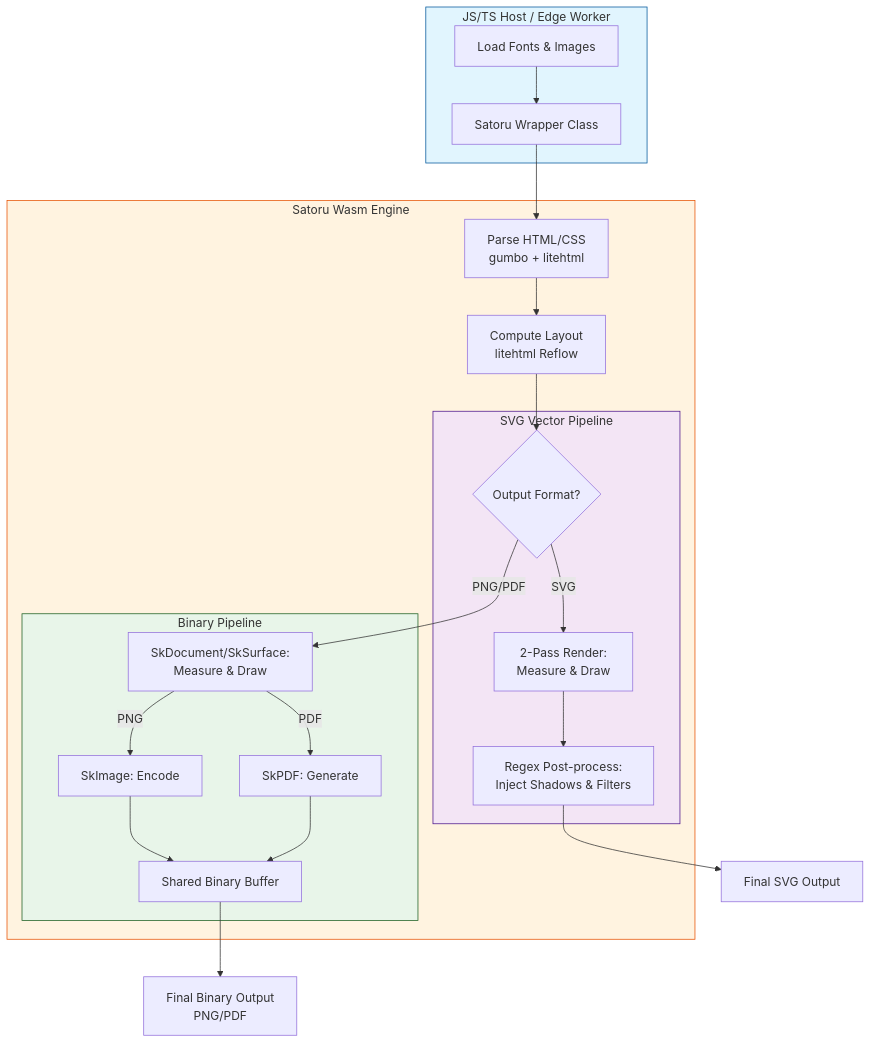
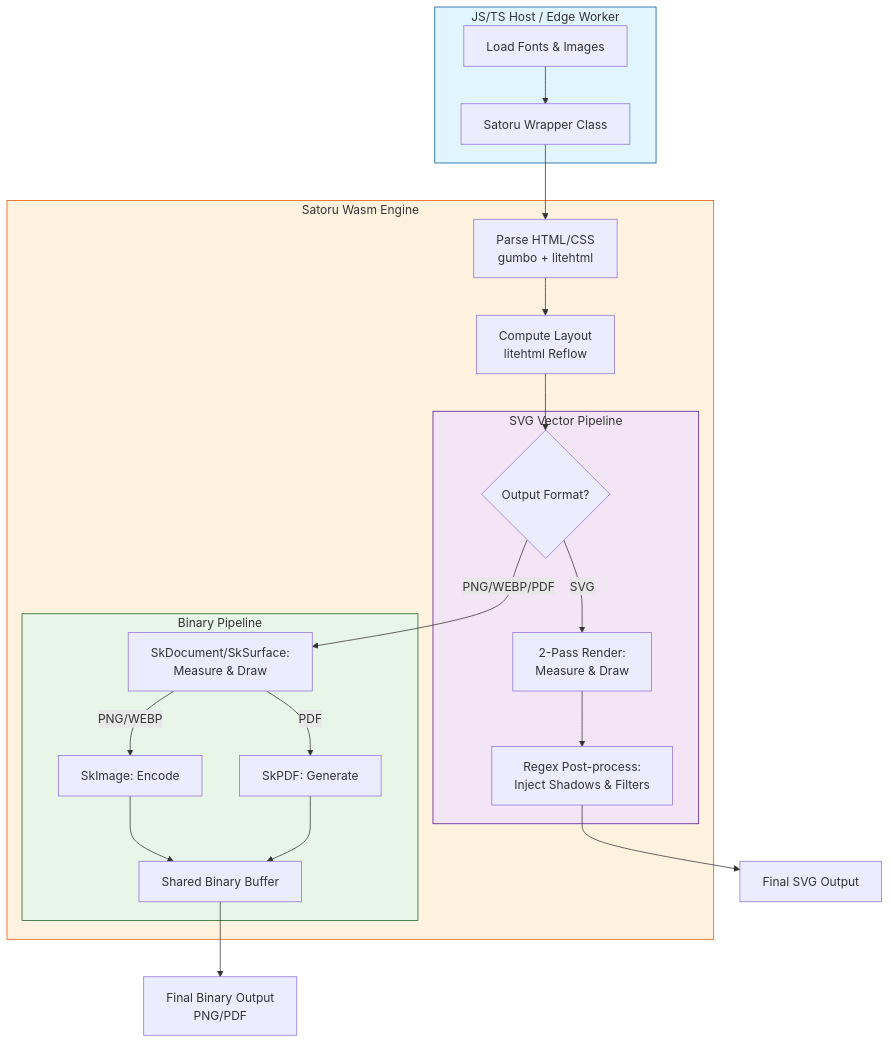
One commit to SoraKumo001/satoru changed the diagram in README.md. Above: the diagram before and after it, drawn with Mermaid. The commit also changed other lines of this file and 11 other files, not shown here.

````diff
--- a/README.md
+++ b/README.md
@@ -95,34 +96,34 @@
 ```mermaid
 graph TD
     subgraph Host [JS/TS Host / Edge Worker]
         A[Load Fonts & Images] --> B[Satoru Wrapper Class]
     end
 
     subgraph WASM [Satoru Wasm Engine]
         B --> C[Parse HTML/CSS<br/>gumbo + litehtml]
         C --> D[Compute Layout<br/>litehtml Reflow]
 
         D --> E{Output Format?}
 
         subgraph SVG_Path [SVG Vector Pipeline]
             E -- SVG --> F[2-Pass Render:<br/>Measure & Draw]
             F --> G[Regex Post-process:<br/>Inject Shadows & Filters]
         end
 
         subgraph WASM_Raster_Path [Binary Pipeline]
-            E -- PNG/PDF --> H[SkDocument/SkSurface:<br/>Measure & Draw]
-            H -- PNG --> I[SkImage: Encode]
+            E -- PNG/WEBP/PDF --> H[SkDocument/SkSurface:<br/>Measure & Draw]
+            H -- PNG/WEBP --> I[SkImage: Encode]
             H -- PDF --> J[SkPDF: Generate]
             I --> K[Shared Binary Buffer]
             J --> K
         end
     end
 
     G --> L[Final SVG Output]
     K --> M[Final Binary Output<br/>PNG/PDF]
 
     style Host fill:#e1f5fe,stroke:#01579b
     style WASM fill:#fff3e0,stroke:#e65100
     style SVG_Path fill:#f3e5f5,stroke:#4a148c
     style WASM_Raster_Path fill:#e8f5e9,stroke:#1b5e20
 ```
````
